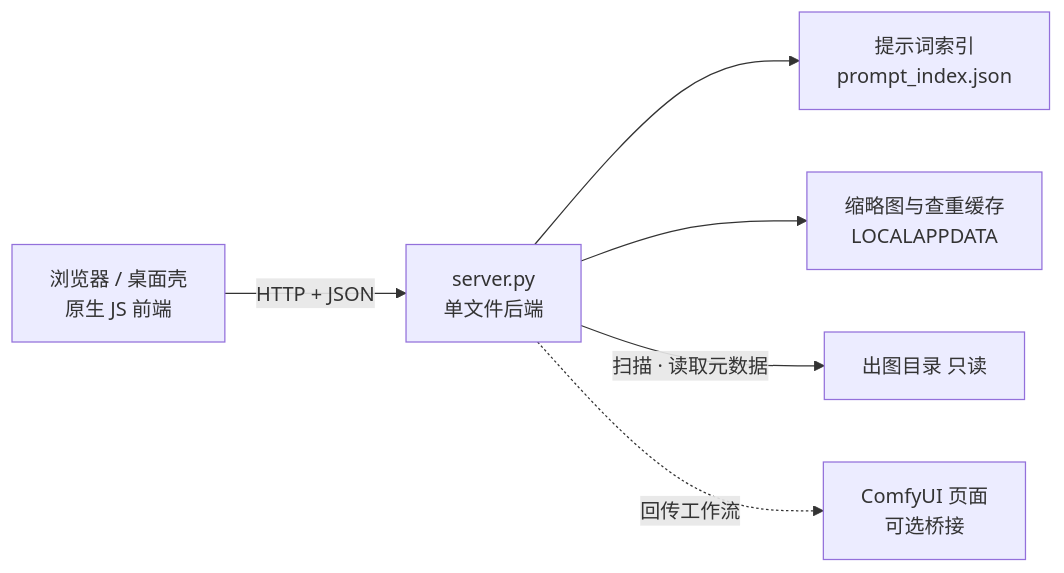
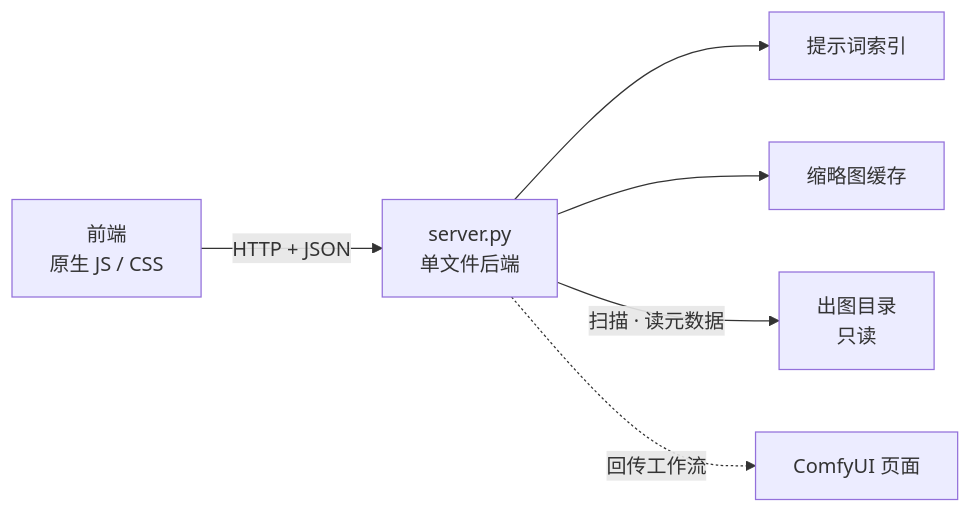
The diagram in README.md (Hartmann1995/ComfyMediaViewer), drawn with Mermaid before and after one commit.

Commit message:
docs: 精简架构图节点文案，避免 GitHub 上换行挤压

````diff
--- a/README.md
+++ b/README.md
@@ -225,15 +225,15 @@
 ```mermaid
 flowchart LR
-  UI["浏览器 / 桌面壳<br/>原生 JS 前端"]
+  UI["前端<br/>原生 JS / CSS"]
   API["server.py<br/>单文件后端"]
-  IDX["提示词索引<br/>prompt_index.json"]
-  CACHE["缩略图与查重缓存<br/>LOCALAPPDATA"]
-  FS["出图目录 只读"]
-  CU["ComfyUI 页面<br/>可选桥接"]
+  IDX["提示词索引"]
+  CACHE["缩略图缓存"]
+  FS["出图目录<br/>只读"]
+  CU["ComfyUI 页面"]
 
   UI -->|"HTTP + JSON"| API
   API --> IDX
   API --> CACHE
-  API -->|"扫描 · 读取元数据"| FS
+  API -->|"扫描 · 读元数据"| FS
   API -.->|"回传工作流"| CU
 ```
````
